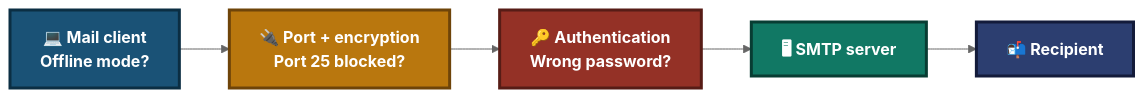
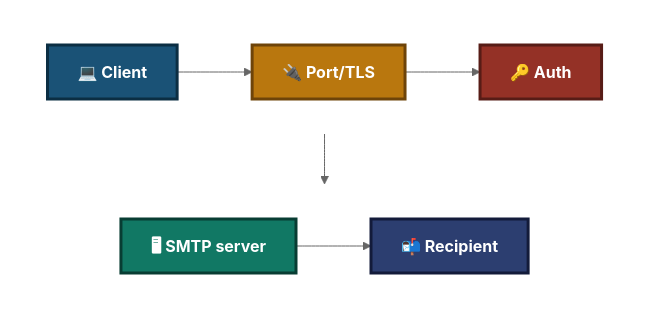
Before and after one commit to malaika-azhar/Customer-Tech-Support-Portfolio: the second of 5 diagrams in 01-Video-knowledge-base/01.2-Email-Sending-Failure.md, drawn with Mermaid (neutral theme). The commit also changed other lines of this file, not shown here.

````diff
--- a/01-Video-knowledge-base/01.2-Email-Sending-Failure.md
+++ b/01-Video-knowledge-base/01.2-Email-Sending-Failure.md
@@ -162,10 +173,20 @@
 ```mermaid
-flowchart LR
-    A["💻 Mail client<br/>Offline mode?"]:::a --> B["🔌 Port + encryption<br/>Port 25 blocked?"]:::b --> C["🔑 Authentication<br/>Wrong password?"]:::c --> D["🖥 SMTP server"]:::d --> E["📬 Recipient"]:::e
+flowchart TD
+    subgraph R1[" "]
+        direction LR
+        A["💻 Client"]:::a --> B["🔌 Port/TLS"]:::b --> C["🔑 Auth"]:::c
+    end
+    subgraph R2[" "]
+        direction LR
+        D["🖥 SMTP server"]:::d --> E["📬 Recipient"]:::e
+    end
+    R1 --> R2
 
     classDef a fill:#1A5276,stroke:#0B2E43,stroke-width:3px,color:#FFFFFF,font-weight:bold
     classDef b fill:#B9770E,stroke:#6E4409,stroke-width:3px,color:#FFFFFF,font-weight:bold
     classDef c fill:#943126,stroke:#571C16,stroke-width:3px,color:#FFFFFF,font-weight:bold
     classDef d fill:#117864,stroke:#083D33,stroke-width:3px,color:#FFFFFF,font-weight:bold
     classDef e fill:#2C3E70,stroke:#131B3A,stroke-width:3px,color:#FFFFFF,font-weight:bold
+    style R1 fill:none,stroke:none
+    style R2 fill:none,stroke:none
 ```
````
